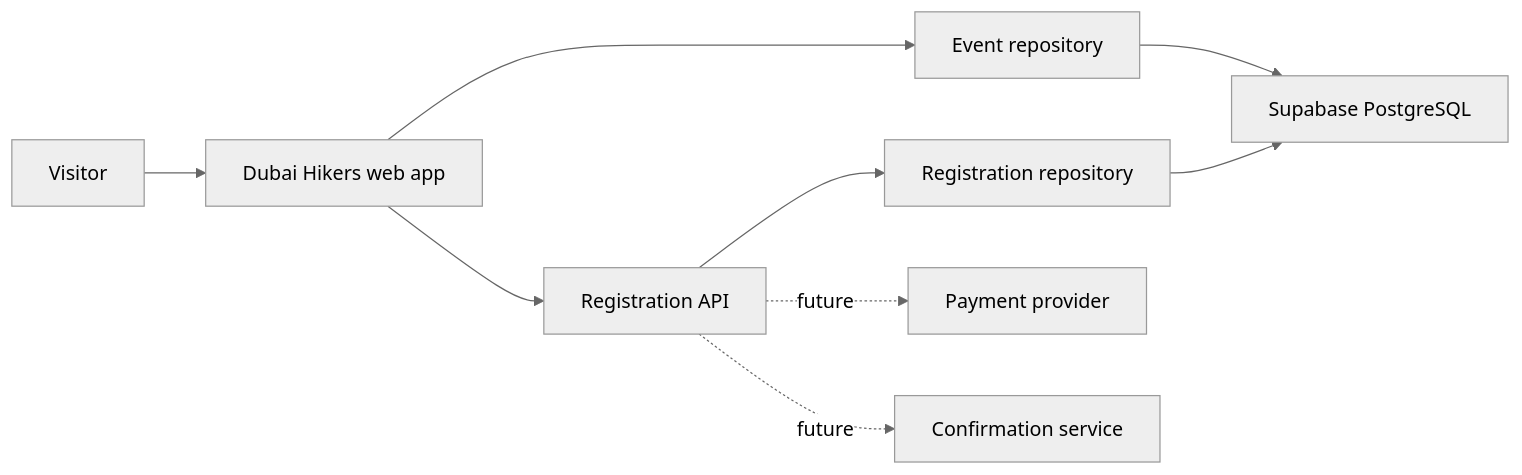
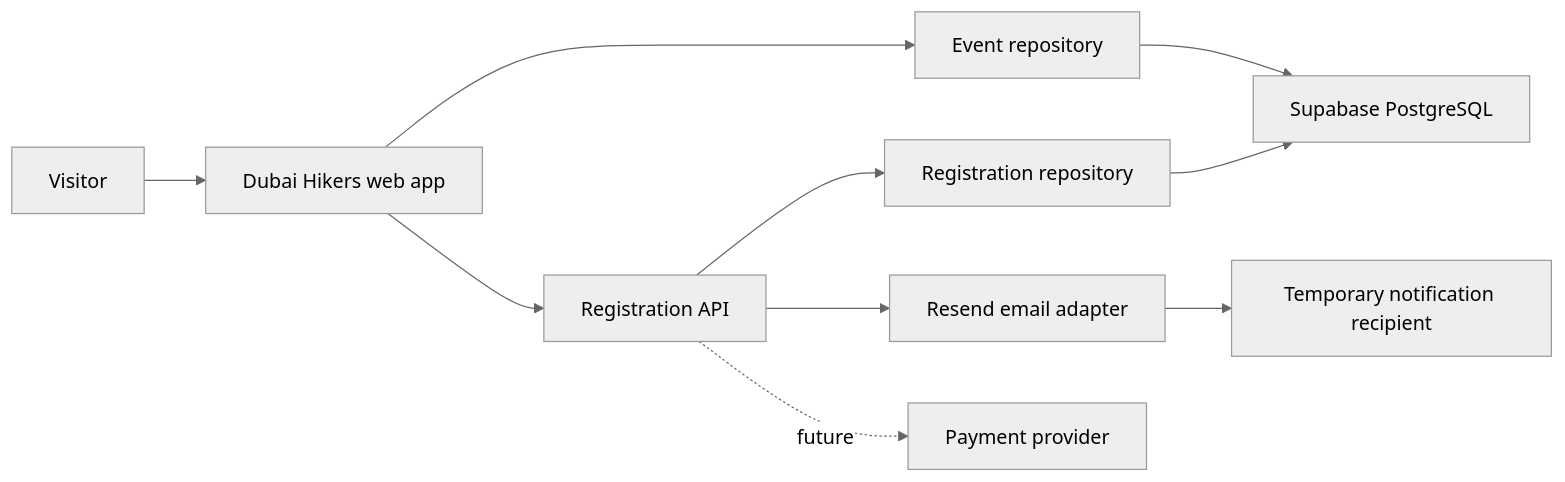
The first of 5 diagrams in docs/architecture.md (rathish24/dubaihikers), drawn with Mermaid (neutral theme) before and after one commit. The commit also changed other lines of this file and 17 other files, not shown here.

Commit message:
Add registration email delivery tracking

````diff
--- a/docs/architecture.md
+++ b/docs/architecture.md
@@ -22,11 +22,12 @@
 ```mermaid
 flowchart LR
     Visitor["Visitor"] --> Web["Dubai Hikers web app"]
     Web --> EventsRepository["Event repository"]
     EventsRepository --> Supabase["Supabase PostgreSQL"]
     Web --> RegistrationAPI["Registration API"]
     RegistrationAPI --> RegistrationRepository["Registration repository"]
     RegistrationRepository --> Supabase
+    RegistrationAPI --> EmailAdapter["Resend email adapter"]
+    EmailAdapter --> NotificationEmail["Temporary notification recipient"]
     RegistrationAPI -. future .-> Payment["Payment provider"]
-    RegistrationAPI -. future .-> Email["Confirmation service"]
 ```
````
